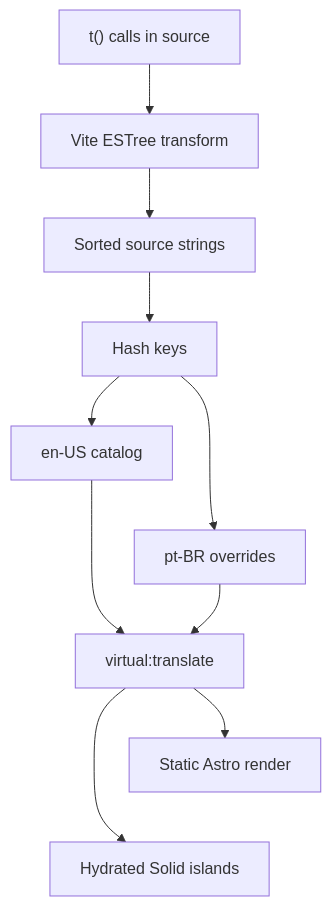
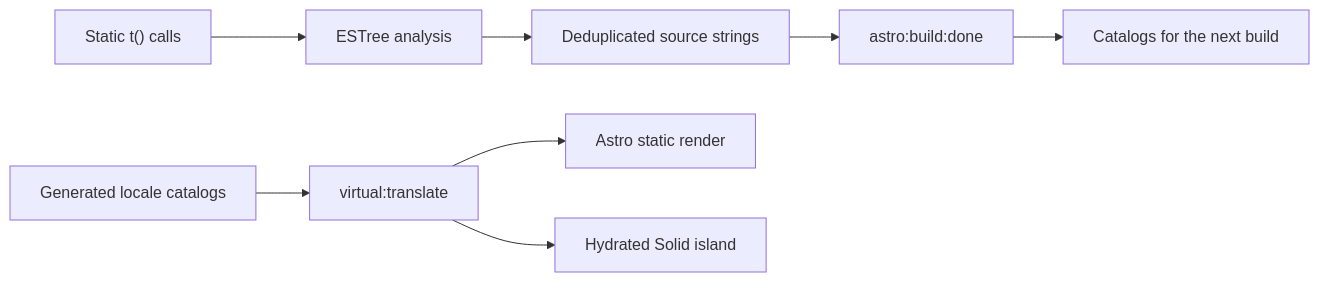
Before and after one commit to ErickCReis/ErickCReis: the diagram in web/content/blog/a-small-custom-i18n-runtime-for-astro.mdx, drawn with Mermaid. The commit also changed other lines of this file and 33 other files, not shown here.

````diff
--- a/web/content/blog/a-small-custom-i18n-runtime-for-astro.mdx
+++ b/web/content/blog/a-small-custom-i18n-runtime-for-astro.mdx
@@ -16,14 +12,10 @@
 ```mermaid center
-flowchart TB
-  Source["t() calls in source"] --> Parse["Vite ESTree transform"]
-  Parse --> Collect["Sorted source strings"]
-  Collect --> Hash["Hash keys"]
-  Hash --> Default["en-US catalog"]
-  Hash --> Locale["pt-BR overrides"]
-  Default ~~~ Locale
-  Default --> Virtual["virtual:translate"]
-  Locale --> Virtual
-  Virtual --> Astro["Static Astro render"]
-  Virtual --> Solid["Hydrated Solid islands"]
-  Astro ~~~ Solid
+flowchart LR
+  Source["Static t() calls"] --> AST["ESTree analysis"]
+  AST --> Collector["Deduplicated source strings"]
+  Catalogs["Generated locale catalogs"] --> Virtual["virtual:translate"]
+  Virtual --> SSR["Astro static render"]
+  Virtual --> Client["Hydrated Solid island"]
+  Collector --> Done["astro:build:done"]
+  Done --> Next["Catalogs for the next build"]
 ```
````
